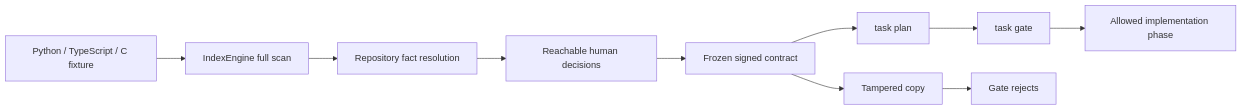
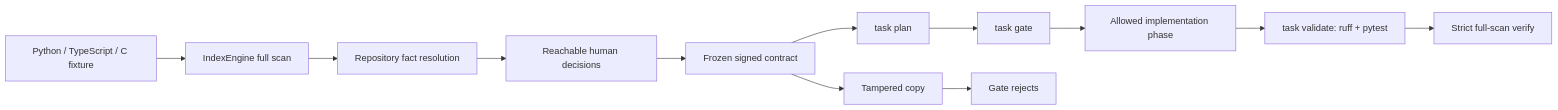
The diagram in docs/GRILL_TESTING.md (flytohub/flyto-indexer), drawn with Mermaid before and after one commit. The commit also changed other lines of this file and 17 other files, not shown here.

````diff
--- a/docs/GRILL_TESTING.md
+++ b/docs/GRILL_TESTING.md
@@ -13,12 +13,14 @@
 ```mermaid
 flowchart LR
     A[Python / TypeScript / C fixture] --> B[IndexEngine full scan]
     B --> C[Repository fact resolution]
     C --> D[Reachable human decisions]
     D --> E[Frozen signed contract]
     E --> F[task plan]
     F --> G[task gate]
     G --> H[Allowed implementation phase]
-    E --> I[Tampered copy]
-    I --> J[Gate rejects]
+    H --> I[task validate: ruff + pytest]
+    I --> J[Strict full-scan verify]
+    E --> K[Tampered copy]
+    K --> L[Gate rejects]
 ```
````
